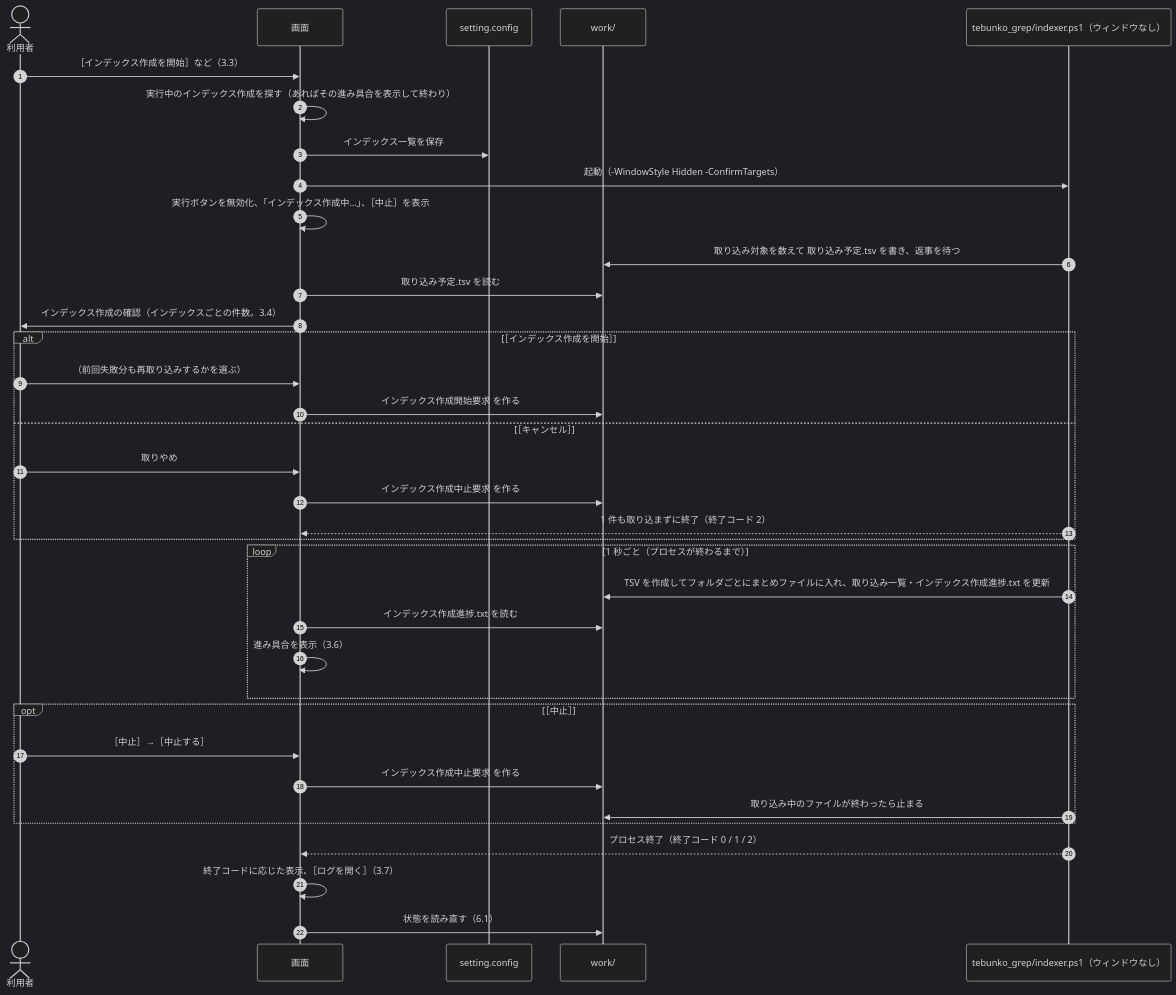
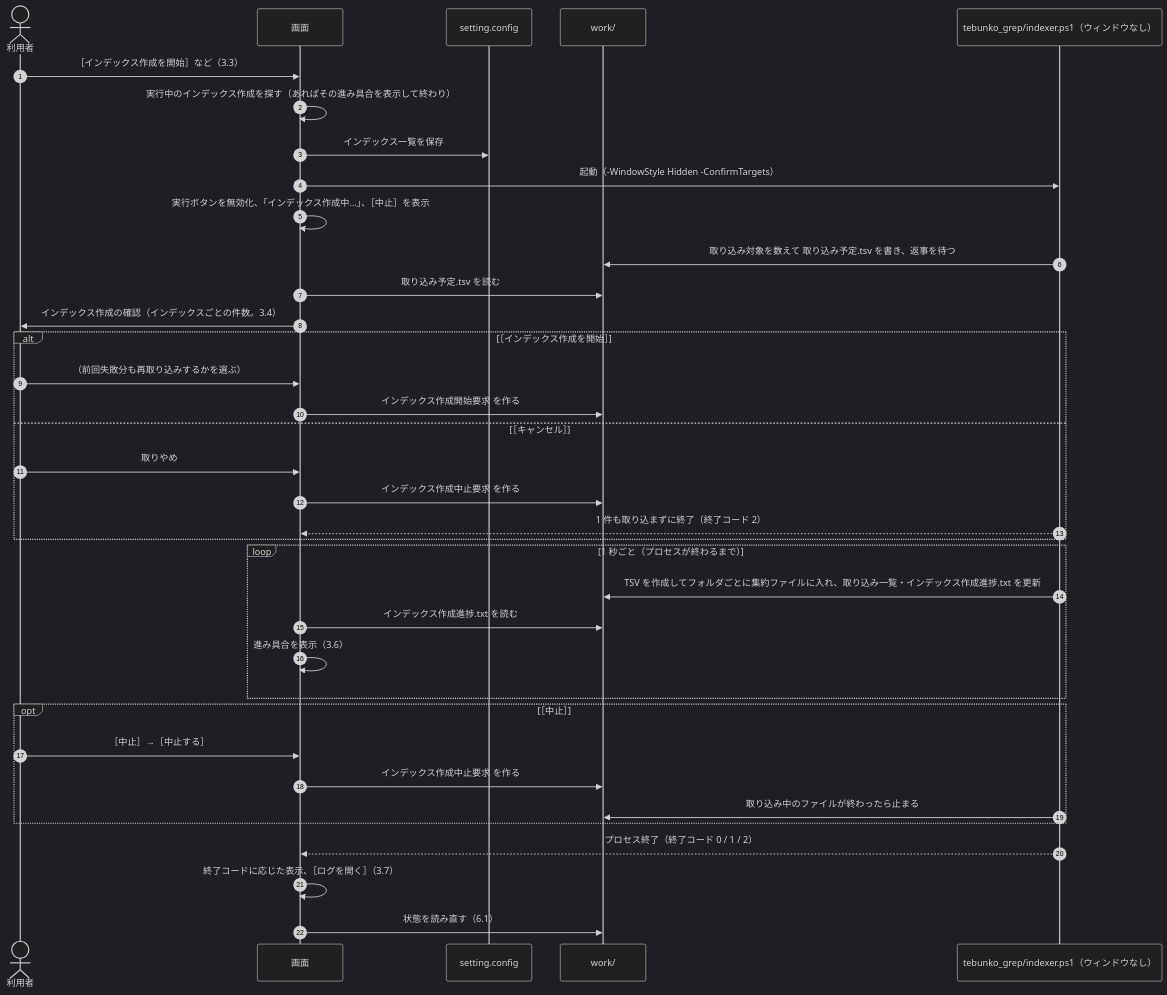
Before and after one commit to hsgwa/tebunko: the third of 4 diagrams in docs/03_画面_4_状態と操作の流れ.md, drawn with Mermaid (dark theme). The commit also changed other lines of this file and 44 other files, not shown here.

````diff
--- a/docs/03_画面_4_状態と操作の流れ.md
+++ b/docs/03_画面_4_状態と操作の流れ.md
@@ -82,39 +82,39 @@
 ```mermaid
 sequenceDiagram
     autonumber
     actor U as 利用者
     participant G as 画面
     participant C as setting.config
     participant W as work/
     participant P as tebunko_grep/indexer.ps1（ウィンドウなし）
 
     U->>G: ［インデックス作成を開始］など（3.3）
     G->>G: 実行中のインデックス作成を探す（あればその進み具合を表示して終わり）
     G->>C: インデックス一覧を保存
     G->>P: 起動（-WindowStyle Hidden -ConfirmTargets）
     G->>G: 実行ボタンを無効化、「インデックス作成中…」、［中止］を表示
     P->>W: 取り込み対象を数えて 取り込み予定.tsv を書き、返事を待つ
     G->>W: 取り込み予定.tsv を読む
     G->>U: インデックス作成の確認（インデックスごとの件数。3.4）
     alt ［インデックス作成を開始］
         U->>G: （前回失敗分も再取り込みするかを選ぶ）
         G->>W: インデックス作成開始要求 を作る
     else ［キャンセル］
         U->>G: 取りやめ
         G->>W: インデックス作成中止要求 を作る
         P-->>G: 1 件も取り込まずに終了（終了コード 2）
     end
     loop 1 秒ごと（プロセスが終わるまで）
-        P->>W: TSV を作成してフォルダごとにまとめファイルに入れ、取り込み一覧・インデックス作成進捗.txt を更新
+        P->>W: TSV を作成してフォルダごとに集約ファイルに入れ、取り込み一覧・インデックス作成進捗.txt を更新
         G->>W: インデックス作成進捗.txt を読む
         G->>G: 進み具合を表示（3.6）
     end
     opt ［中止］
         U->>G: ［中止］→［中止する］
         G->>W: インデックス作成中止要求 を作る
         P->>W: 取り込み中のファイルが終わったら止まる
     end
     P-->>G: プロセス終了（終了コード 0 / 1 / 2）
     G->>G: 終了コードに応じた表示、［ログを開く］（3.7）
     G->>W: 状態を読み直す（6.1）
 ```
````
